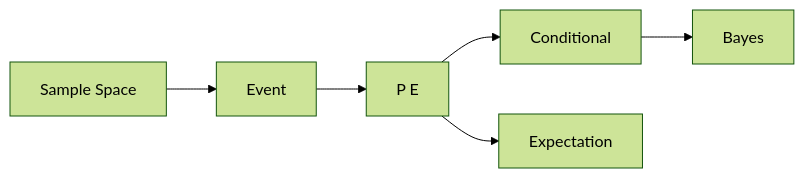
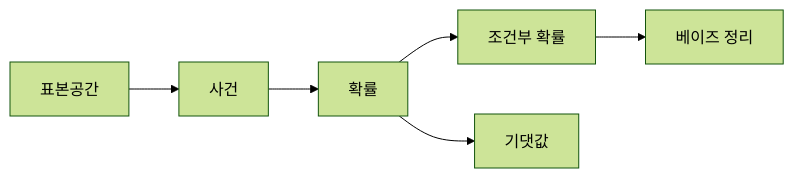
Before and after one commit to yeongseon-books/book-content: the diagram in content/math-for-cs-101/ko/06-probability.md, drawn with Mermaid (forest theme). The commit also changed other lines of this file and 8 other files, not shown here.

````diff
--- a/content/math-for-cs-101/ko/06-probability.md
+++ b/content/math-for-cs-101/ko/06-probability.md
@@ -33,8 +45,8 @@
 ```mermaid
 flowchart LR
-    S[Sample Space] --> E[Event]
-    E --> P[P E]
-    P --> C[Conditional]
-    C --> B[Bayes]
-    P --> X[Expectation]
+    S["표본공간"] --> E["사건"]
+    E --> P["확률"]
+    P --> C["조건부 확률"]
+    C --> B["베이즈 정리"]
+    P --> X["기댓값"]
 ```
````
